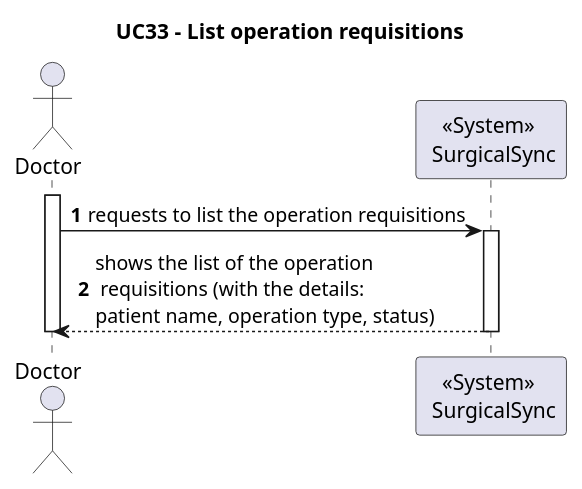
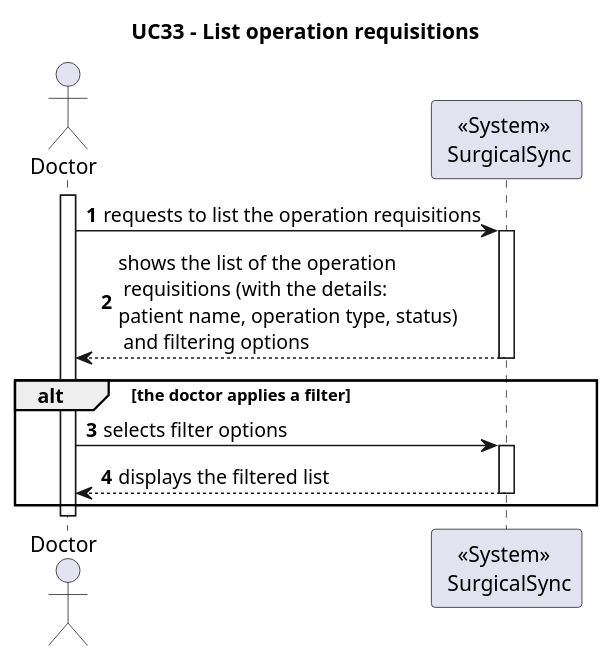
Before and after one commit to MiguelCardoso77/SurgicalSync-BackEnd: the diagram in Wiki/SprintA/diagrams/use-cases/33-list-operation-requisitions/level1/process-view.puml, drawn with PlantUML. The commit also changed 5 other files, not shown here.

```diff
--- a/Wiki/SprintA/diagrams/use-cases/33-list-operation-requisitions/level1/process-view.puml
+++ b/Wiki/SprintA/diagrams/use-cases/33-list-operation-requisitions/level1/process-view.puml
@@ -1,21 +1,32 @@
 @startuml
 autonumber
 
 Title "UC33 - List operation requisitions"
 
 actor "Doctor" as D
 participant "<<System>> \n SurgicalSync" as SYSTEM
 
 activate D
 
 D -> SYSTEM: requests to list the operation requisitions
 
 activate SYSTEM
 
-SYSTEM --> D : shows the list of the operation \n requisitions (with the details: \npatient name, operation type, status)
+SYSTEM --> D : shows the list of the operation \n requisitions (with the details: \npatient name, operation type, status) \n and filtering options
 
 deactivate SYSTEM
+
+alt the doctor applies a filter
+
+D -> SYSTEM: selects filter options
+
+activate SYSTEM 
+
+SYSTEM --> D: displays the filtered list
+
+deactivate SYSTEM
+end
 
 deactivate D
 
 @enduml
```
